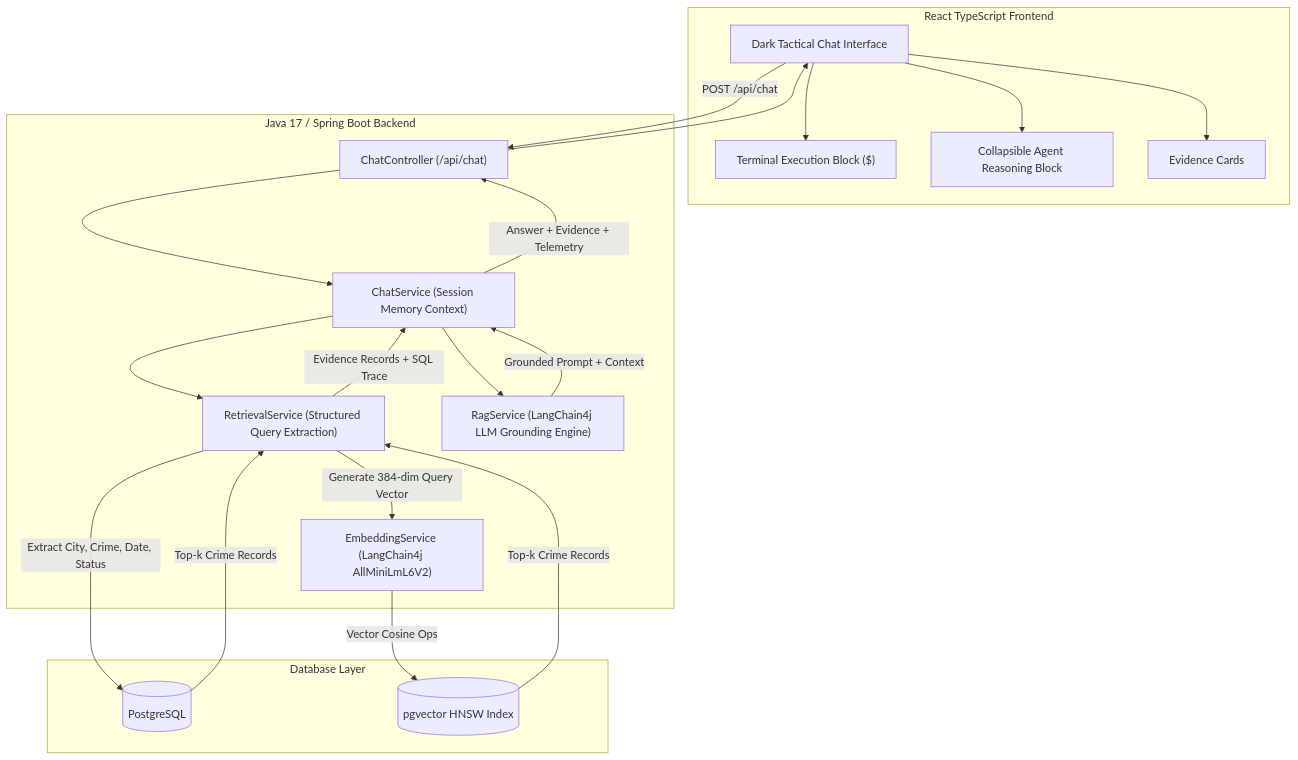
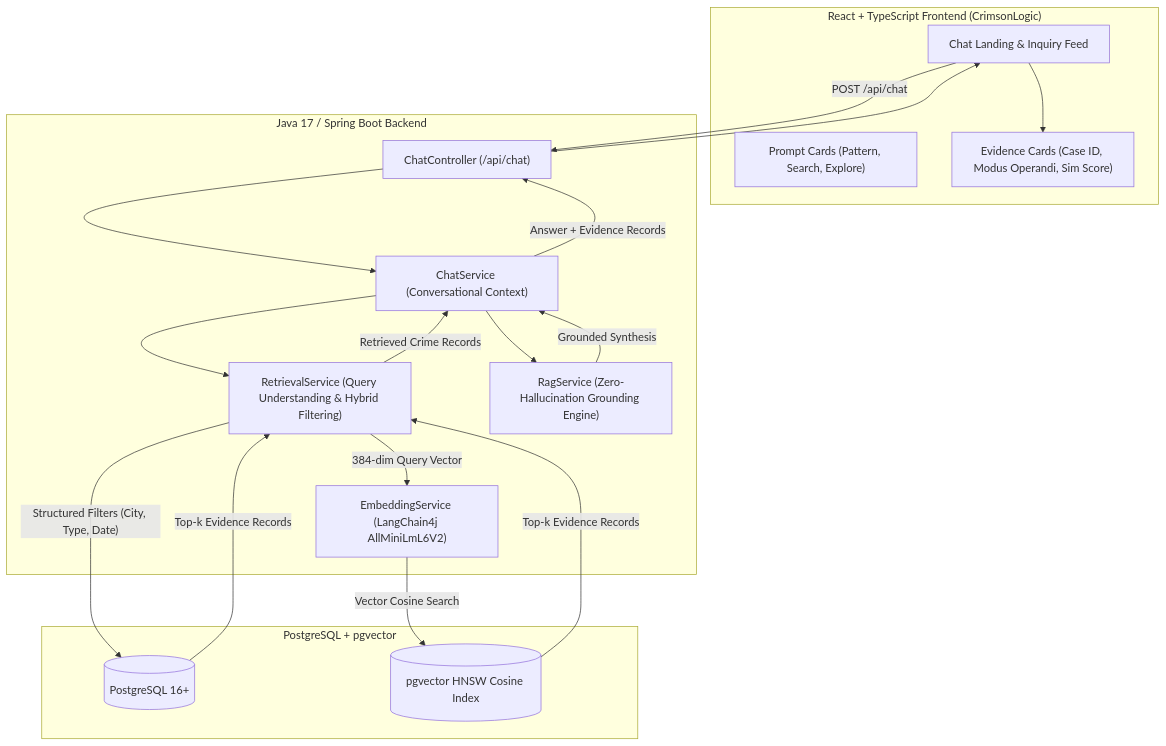
One commit to Sivasakthi-Vengatesan/crime-database-ai changed the diagram in README.md. Above: the diagram before and after it, drawn with Mermaid. The commit also changed other lines of this file and 18 other files, not shown here.

````diff
--- a/README.md
+++ b/README.md
@@ -12,36 +31,35 @@
 ```mermaid
 flowchart TD
-    subgraph Client ["React TypeScript Frontend"]
-        UI["Dark Tactical Chat Interface"]
-        TB["Terminal Execution Block ($)"]
-        RB["Collapsible Agent Reasoning Block"]
-        EC["Evidence Cards"]
+    subgraph Client ["React + TypeScript Frontend (CrimsonLogic)"]
+        UI["Chat Landing & Inquiry Feed"]
+        PC["Prompt Cards (Pattern, Search, Explore)"]
+        EC["Evidence Cards (Case ID, Modus Operandi, Sim Score)"]
     end
 
     subgraph Backend ["Java 17 / Spring Boot Backend"]
         API["ChatController (/api/chat)"]
-        CS["ChatService (Session Memory Context)"]
-        QP["RetrievalService (Structured Query Extraction)"]
+        CS["ChatService (Conversational Context)"]
+        QP["RetrievalService (Query Understanding & Hybrid Filtering)"]
         ES["EmbeddingService (LangChain4j AllMiniLmL6V2)"]
-        RAG["RagService (LangChain4j LLM Grounding Engine)"]
+        RAG["RagService (Zero-Hallucination Grounding Engine)"]
     end
 
-    subgraph Storage ["Database Layer"]
-        PG[("PostgreSQL")]
-        VEC[("pgvector HNSW Index")]
+    subgraph Storage ["PostgreSQL + pgvector"]
+        PG[("PostgreSQL 16+")]
+        VEC[("pgvector HNSW Cosine Index")]
     end
 
     UI -->|"POST /api/chat"| API
     API --> CS
     CS --> QP
-    QP -->|"Extract City, Crime, Date, Status"| PG
-    QP -->|"Generate 384-dim Query Vector"| ES
-    ES -->|"Vector Cosine Ops"| VEC
-    PG & VEC -->|"Top-k Crime Records"| QP
-    QP -->|"Evidence Records + SQL Trace"| CS
+    QP -->|"Structured Filters (City, Type, Date)"| PG
+    QP -->|"384-dim Query Vector"| ES
+    ES -->|"Vector Cosine Search"| VEC
+    PG & VEC -->|"Top-k Evidence Records"| QP
+    QP -->|"Retrieved Crime Records"| CS
     CS --> RAG
-    RAG -->|"Grounded Prompt + Context"| CS
-    CS -->|"Answer + Evidence + Telemetry"| API
+    RAG -->|"Grounded Synthesis"| CS
+    CS -->|"Answer + Evidence Records"| API
     API --> UI
-    UI --> TB & RB & EC
+    UI --> EC
 ```
````
